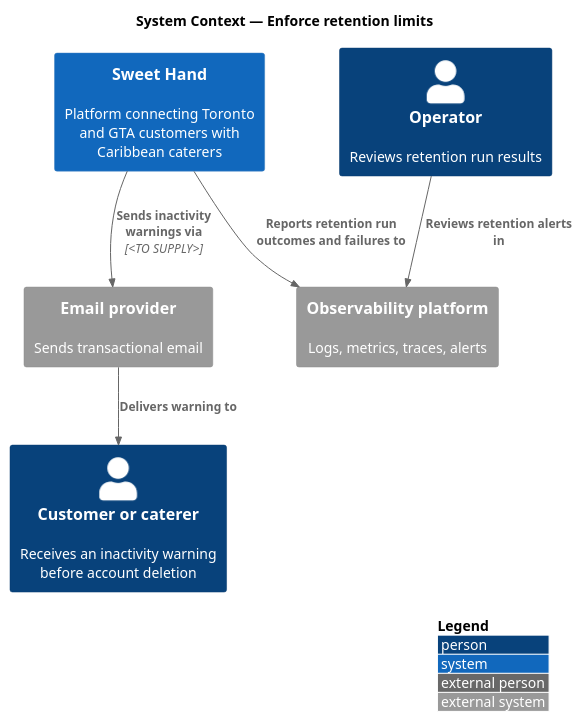
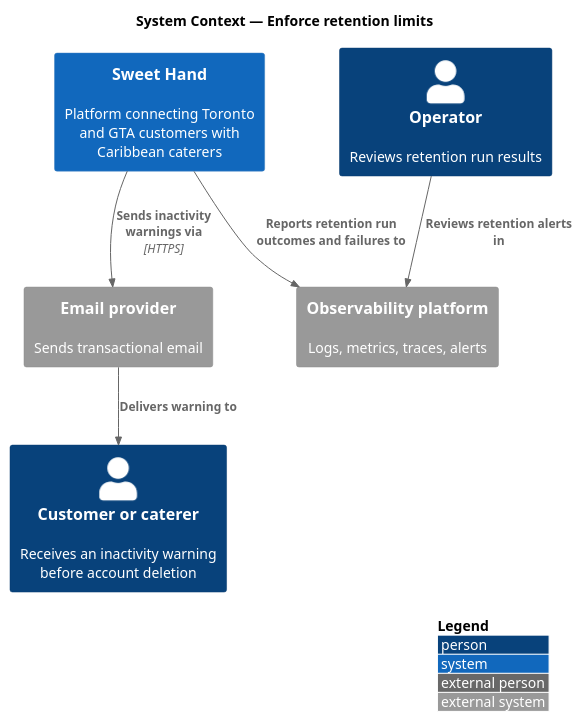
Before and after one commit to QuinntyneBrown/sweet-hand: the diagram in docs/detailed-designs/privacy/enforce-retention/diagrams/c4-context.puml, drawn with PlantUML. The commit also changed 34 other files, not shown here.

```diff
--- a/docs/detailed-designs/privacy/enforce-retention/diagrams/c4-context.puml
+++ b/docs/detailed-designs/privacy/enforce-retention/diagrams/c4-context.puml
@@ -1,16 +1,16 @@
 @startuml
 !include <C4/C4_Context>
 LAYOUT_WITH_LEGEND()
 title System Context — Enforce retention limits
 
 Person(user, "Customer or caterer", "Receives an inactivity warning before account deletion")
 Person(operator, "Operator", "Reviews retention run results")
 System(sweethand, "Sweet Hand", "Platform connecting Toronto and GTA customers with Caribbean caterers")
 System_Ext(email, "Email provider", "Sends transactional email")
 System_Ext(obs, "Observability platform", "Logs, metrics, traces, alerts")
 
-Rel(sweethand, email, "Sends inactivity warnings via", "<TO SUPPLY>")
+Rel(sweethand, email, "Sends inactivity warnings via", "HTTPS")
 Rel(email, user, "Delivers warning to")
 Rel(sweethand, obs, "Reports retention run outcomes and failures to")
 Rel(operator, obs, "Reviews retention alerts in")
 @enduml
```
